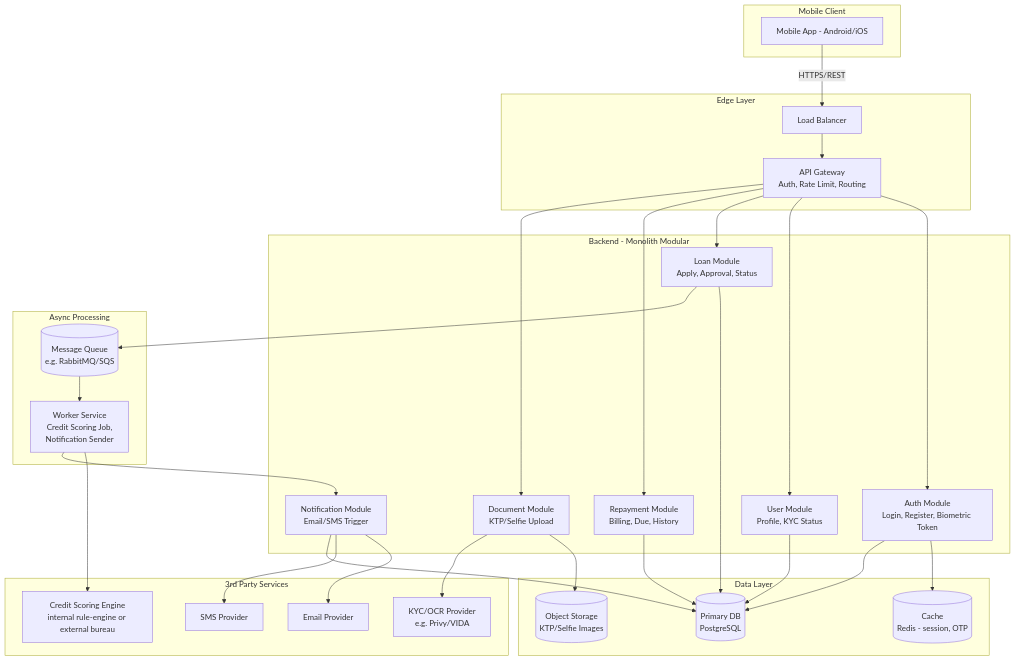
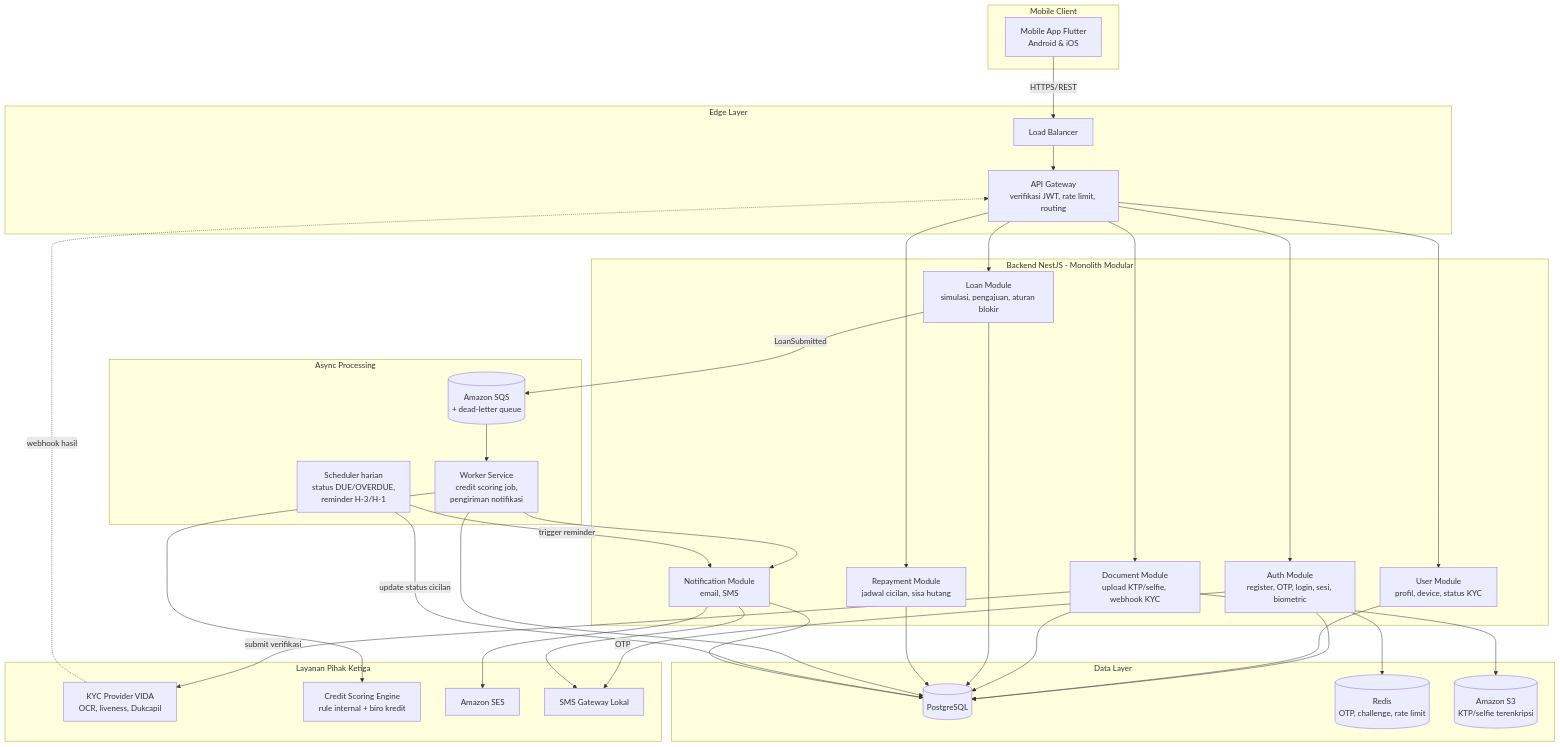
Before and after one commit to sendygit/assesment-solution-analyst: the diagram in docs/01-architecture/high-level-architecture.md, drawn with Mermaid. The commit also changed other lines of this file and 1 other file, not shown here.

Commit message:
Refine architecture: finalize tech stack, add scheduler and async KYC

````diff
--- a/docs/01-architecture/high-level-architecture.md
+++ b/docs/01-architecture/high-level-architecture.md
@@ -5,61 +5,68 @@
 ```mermaid
 flowchart TB
     subgraph Client["Mobile Client"]
-        A1[Mobile App - Android/iOS]
+        A1[Mobile App Flutter<br/>Android & iOS]
     end
 
     subgraph Edge["Edge Layer"]
         LB[Load Balancer]
-        GW[API Gateway<br/>Auth, Rate Limit, Routing]
+        GW[API Gateway<br/>verifikasi JWT, rate limit, routing]
     end
 
-    subgraph Backend["Backend - Monolith Modular"]
-        AuthM[Auth Module<br/>Login, Register, Biometric Token]
-        UserM[User Module<br/>Profile, KYC Status]
-        LoanM[Loan Module<br/>Apply, Approval, Status]
-        RepayM[Repayment Module<br/>Billing, Due, History]
-        NotifM[Notification Module<br/>Email/SMS Trigger]
-        DocM[Document Module<br/>KTP/Selfie Upload]
+    subgraph Backend["Backend NestJS - Monolith Modular"]
+        AuthM[Auth Module<br/>register, OTP, login, sesi, biometric]
+        UserM[User Module<br/>profil, device, status KYC]
+        DocM[Document Module<br/>upload KTP/selfie, webhook KYC]
+        LoanM[Loan Module<br/>simulasi, pengajuan, aturan blokir]
+        RepayM[Repayment Module<br/>jadwal cicilan, sisa hutang]
+        NotifM[Notification Module<br/>email, SMS]
     end
 
     subgraph Async["Async Processing"]
-        Queue[(Message Queue<br/>e.g. RabbitMQ/SQS)]
-        Worker[Worker Service<br/>Credit Scoring Job,<br/>Notification Sender]
+        Queue[(Amazon SQS<br/>+ dead-letter queue)]
+        Worker[Worker Service<br/>credit scoring job,<br/>pengiriman notifikasi]
+        Scheduler[Scheduler harian<br/>status DUE/OVERDUE,<br/>reminder H-3/H-1]
     end
 
     subgraph Data["Data Layer"]
-        DB[(Primary DB<br/>PostgreSQL)]
-        Cache[(Cache<br/>Redis - session, OTP)]
-        Blob[(Object Storage<br/>KTP/Selfie Images)]
+        DB[(PostgreSQL)]
+        Cache[(Redis<br/>OTP, challenge, rate limit)]
+        Blob[(Amazon S3<br/>KTP/selfie terenkripsi)]
     end
 
-    subgraph ThirdParty["3rd Party Services"]
-        KYC[KYC/OCR Provider<br/>e.g. Privy/VIDA]
-        CreditScore[Credit Scoring Engine<br/>internal rule-engine or external bureau]
-        EmailSvc[Email Provider]
-        SmsSvc[SMS Provider]
+    subgraph ThirdParty["Layanan Pihak Ketiga"]
+        KYC[KYC Provider VIDA<br/>OCR, liveness, Dukcapil]
+        CreditScore[Credit Scoring Engine<br/>rule internal + biro kredit]
+        EmailSvc[Amazon SES]
+        SmsSvc[SMS Gateway Lokal]
     end
 
     A1 -->|HTTPS/REST| LB --> GW
     GW --> AuthM
     GW --> UserM
+    GW --> DocM
     GW --> LoanM
     GW --> RepayM
-    GW --> DocM
 
     AuthM --> Cache
     AuthM --> DB
+    AuthM -->|OTP| SmsSvc
     UserM --> DB
     DocM --> Blob
-    DocM --> KYC
+    DocM -->|submit verifikasi| KYC
+    KYC -.->|webhook hasil| GW
+    DocM --> DB
     LoanM --> DB
-    LoanM --> Queue
+    LoanM -->|LoanSubmitted| Queue
     RepayM --> DB
 
     Queue --> Worker
     Worker --> CreditScore
+    Worker --> DB
     Worker --> NotifM
+    Scheduler -->|update status cicilan| DB
+    Scheduler -->|trigger reminder| NotifM
     NotifM --> EmailSvc
     NotifM --> SmsSvc
     NotifM --> DB
 ```
````
